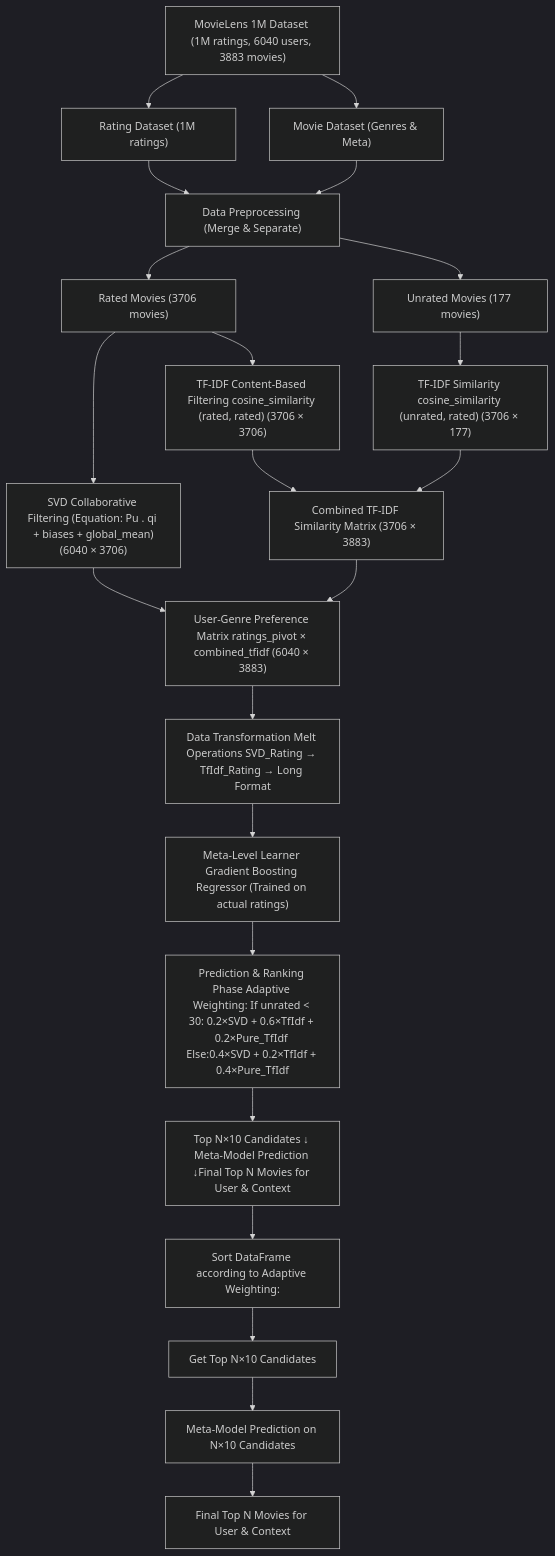
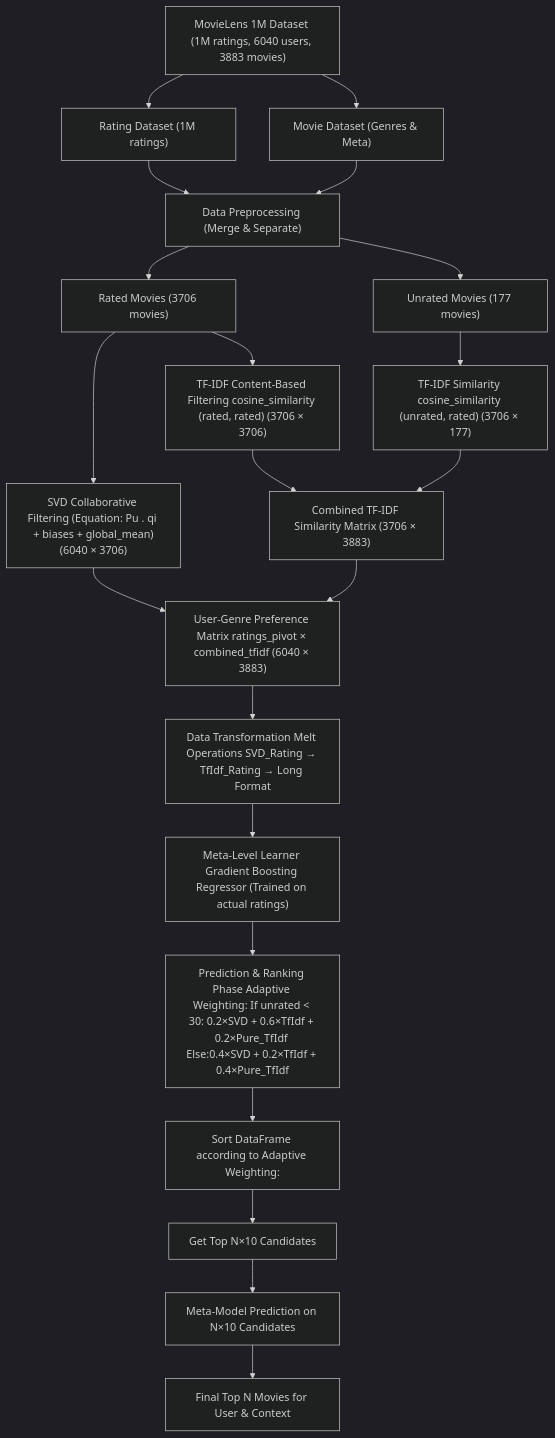
One commit to NiazMahmud2001/MetaLevel-HybridMovie-Recommender changed the diagram in README.md. Above: the diagram before and after it, drawn with Mermaid (dark theme).

````diff
--- a/README.md
+++ b/README.md
@@ -83,27 +83,26 @@
 ```mermaid
 graph TD
     A["MovieLens 1M Dataset (1M ratings, 6040 users, 3883 movies)"]
     A --> B["Rating Dataset (1M ratings)"]
     A --> C["Movie Dataset (Genres & Meta)"]
     B --> D["Data Preprocessing (Merge & Separate)"]
     C --> D
     D --> E["Rated Movies (3706 movies)"]
     D --> F["Unrated Movies (177 movies)"]
 
     E --> G1["SVD Collaborative Filtering (Equation: Pu . qi + biases + global_mean)(6040 × 3706)"]
     E --> G2["TF-IDF Content-Based Filtering cosine_similarity (rated, rated) (3706 × 3706)"]
     F --> G3["TF-IDF Similarity cosine_similarity (unrated, rated) (3706 × 177)"]
 
     G2 --> H["Combined TF-IDF Similarity Matrix (3706 × 3883)"]
     G3 --> H
     G1 --> I
     H --> I["User-Genre Preference Matrix ratings_pivot × combined_tfidf (6040 × 3883)"]
     I --> J["Data Transformation Melt Operations SVD_Rating → TfIdf_Rating → Long Format"]
     J --> K["Meta-Level Learner Gradient Boosting Regressor (Trained on actual ratings)"]
     K --> L["Prediction & Ranking Phase Adaptive Weighting: If unrated < 30: 0.2×SVD + 0.6×TfIdf + 0.2×Pure_TfIdf Else:0.4×SVD + 0.2×TfIdf + 0.4×Pure_TfIdf"]
-    L --> M["Top N×10 Candidates ↓ Meta-Model Prediction ↓Final Top N Movies for User & Context"]
-    M --> N["Sort DataFrame according to Adaptive Weighting: "]
-    N --> O["Get Top N×10 Candidates"]
-    O --> P["Meta-Model Prediction on N×10 Candidates"]
-    P --> Q["Final Top N Movies for User & Context"]
+    L --> M["Sort DataFrame according to Adaptive Weighting: "]
+    M --> N["Get Top N×10 Candidates"]
+    N --> O["Meta-Model Prediction on N×10 Candidates"]
+    O --> P["Final Top N Movies for User & Context"]
 ```
````
